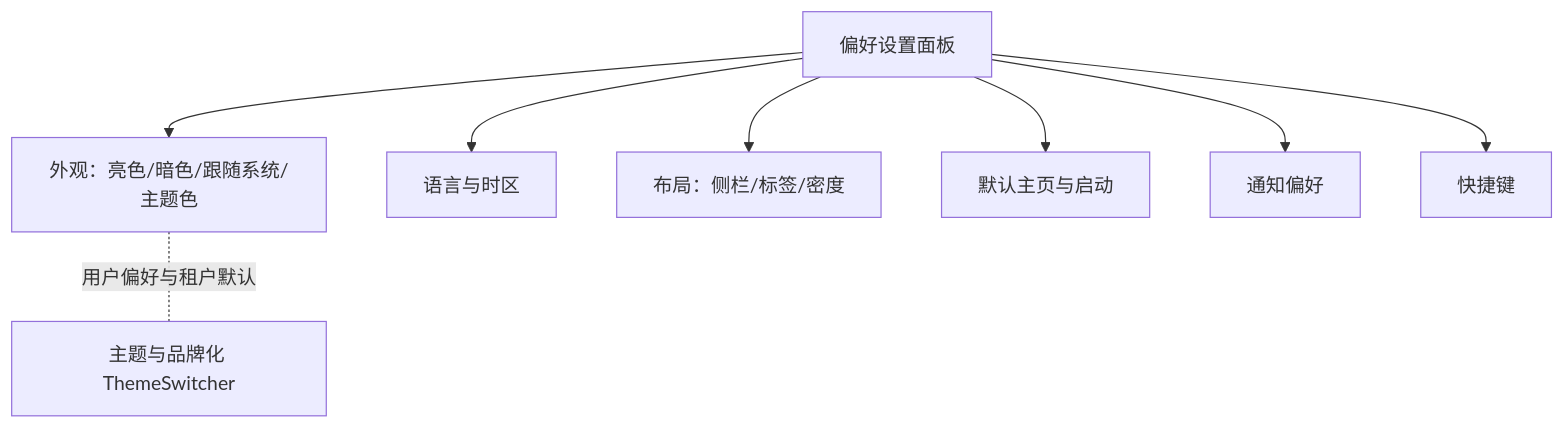
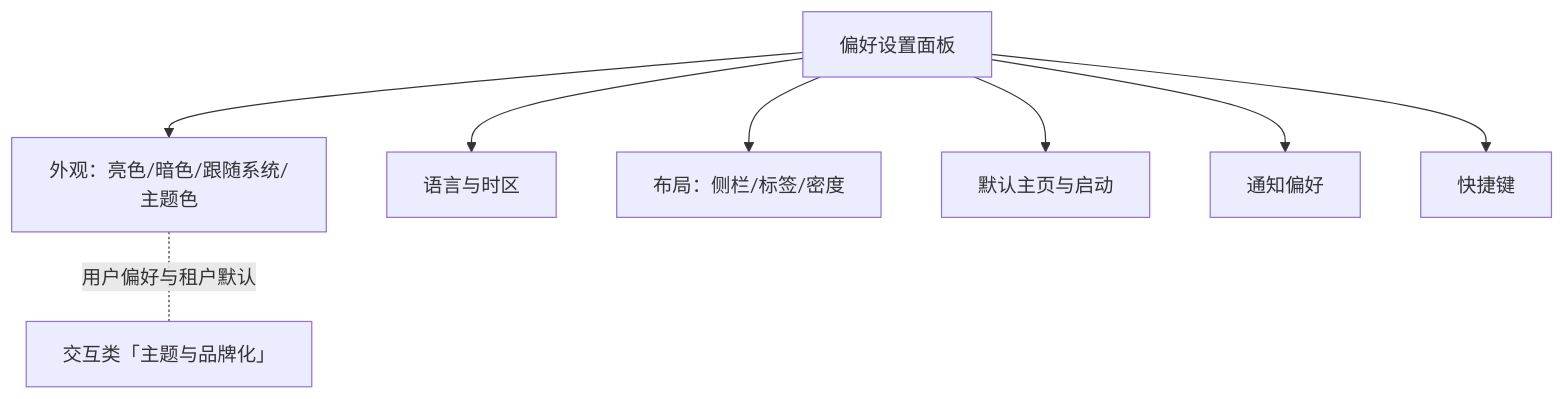
One commit to minjian123/basic-management-system changed the diagram in bms文档/设计/组件设计/08_交互类/15_组件设计_偏好设置面板/15_组件设计_偏好设置面板.md. Above: the diagram before and after it, drawn with Mermaid. The commit also changed other lines of this file and 238 other files, not shown here.

````diff
--- a/bms文档/设计/组件设计/08_交互类/15_组件设计_偏好设置面板/15_组件设计_偏好设置面板.md
+++ b/bms文档/设计/组件设计/08_交互类/15_组件设计_偏好设置面板/15_组件设计_偏好设置面板.md
@@ -17,10 +18,10 @@
 ```mermaid
 flowchart TD
     A[偏好设置面板] --> B[外观：亮色/暗色/跟随系统/主题色]
     A --> C[语言与时区]
     A --> D[布局：侧栏/标签/密度]
     A --> E[默认主页与启动]
     A --> F[通知偏好]
     A --> G[快捷键]
-    B -.用户偏好与租户默认.- H[主题与品牌化 ThemeSwitcher]
+    B -.用户偏好与租户默认.- H[交互类「主题与品牌化」]
 ```
````
